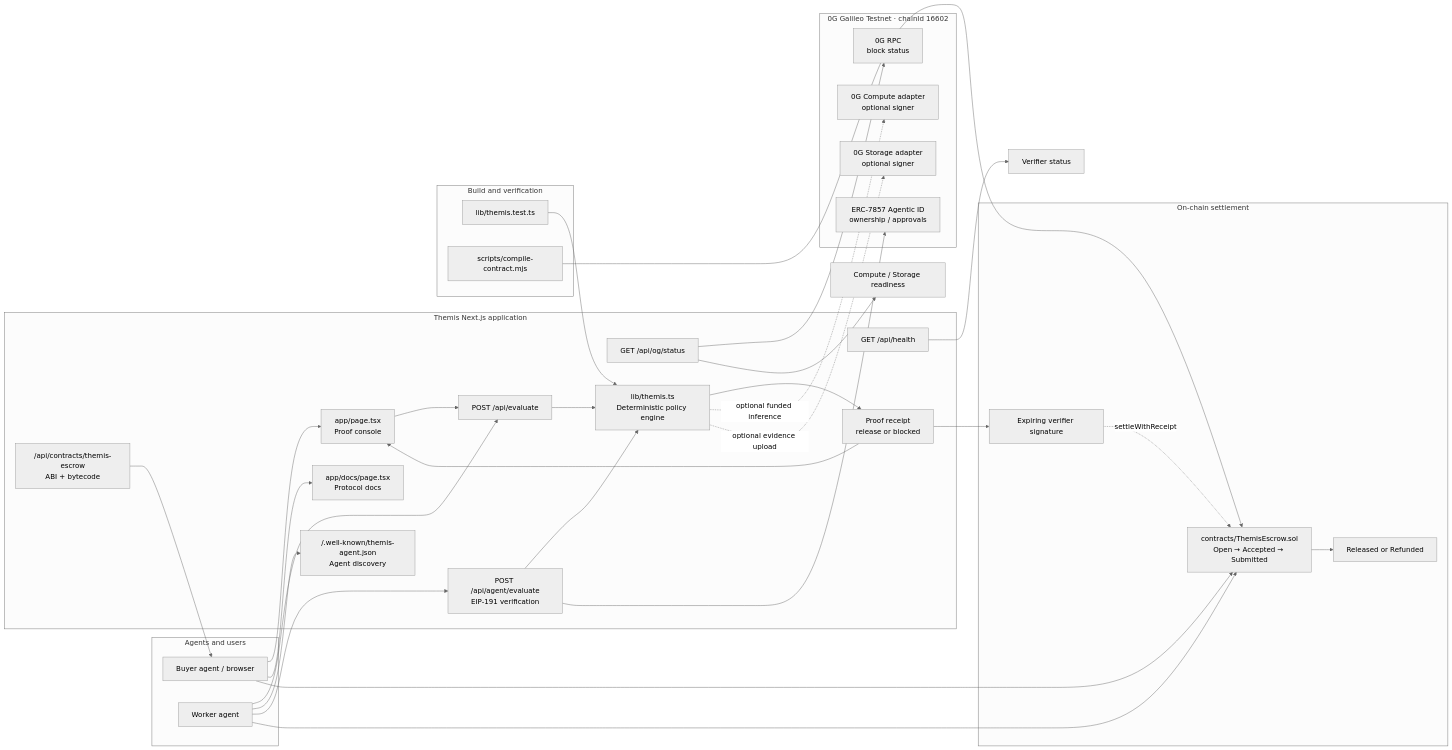
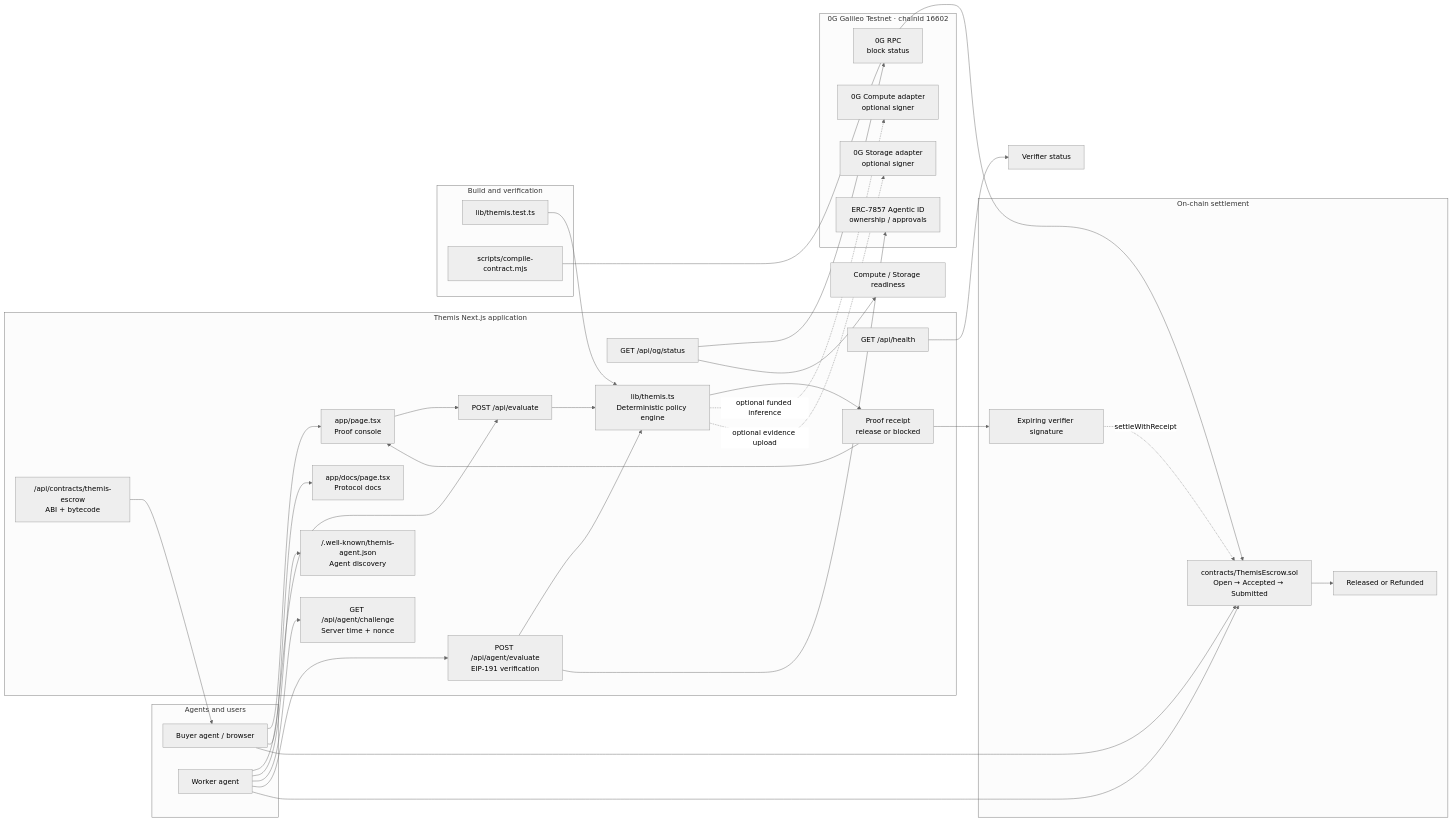
One commit to 0xNexuz/themis changed the diagram in README.md. Above: the diagram before and after it, drawn with Mermaid (neutral theme). The commit also changed other lines of this file and 4 other files, not shown here.

Commit message:
issue server-timed agent challenges

````diff
--- a/README.md
+++ b/README.md
@@ -226,67 +227,69 @@
 ```mermaid
 flowchart LR
   subgraph Clients["Agents and users"]
     Buyer["Buyer agent / browser"]
     Worker["Worker agent"]
   end
 
   subgraph App["Themis Next.js application"]
     UI["app/page.tsx<br/>Proof console"]
     Docs["app/docs/page.tsx<br/>Protocol docs"]
     Evaluate["POST /api/evaluate"]
     AgentEvaluate["POST /api/agent/evaluate<br/>EIP-191 verification"]
+    Challenge["GET /api/agent/challenge<br/>Server time + nonce"]
     Manifest["/.well-known/themis-agent.json<br/>Agent discovery"]
     Artifact["/api/contracts/themis-escrow<br/>ABI + bytecode"]
     Health["GET /api/health"]
     Status["GET /api/og/status"]
     Engine["lib/themis.ts<br/>Deterministic policy engine"]
     Receipt["Proof receipt<br/>release or blocked"]
   end
 
   subgraph OG["0G Galileo Testnet · chainId 16602"]
     RPC["0G RPC<br/>block status"]
     Compute["0G Compute adapter<br/>optional signer"]
     Storage["0G Storage adapter<br/>optional signer"]
     AgenticID["ERC-7857 Agentic ID<br/>ownership / approvals"]
   end
 
   subgraph Settlement["On-chain settlement"]
     Escrow["contracts/ThemisEscrow.sol<br/>Open → Accepted → Submitted"]
     Authorization["Expiring verifier signature"]
     Outcome["Released or Refunded"]
   end
 
   subgraph Verification["Build and verification"]
     Tests["lib/themis.test.ts"]
     Compile["scripts/compile-contract.mjs"]
   end
 
   Buyer --> UI
   Buyer --> Docs
   Worker --> Evaluate
   Worker --> Manifest
+  Worker --> Challenge
   Worker --> AgentEvaluate
   UI --> Evaluate
   Evaluate --> Engine
   AgentEvaluate --> Engine
   AgentEvaluate --> AgenticID
   Engine --> Receipt
   Receipt --> UI
 
   Health --> HealthResponse["Verifier status"]
   Status --> RPC
   Status --> AdapterStatus["Compute / Storage readiness"]
 
   Engine -. "optional funded inference" .-> Compute
   Engine -. "optional evidence upload" .-> Storage
 
   Buyer --> Escrow
   Worker --> Escrow
   Artifact --> Buyer
   Receipt --> Authorization
   Authorization -. "settleWithReceipt" .-> Escrow
   Escrow --> Outcome
 
   Tests --> Engine
   Compile --> Escrow
 ```
````
